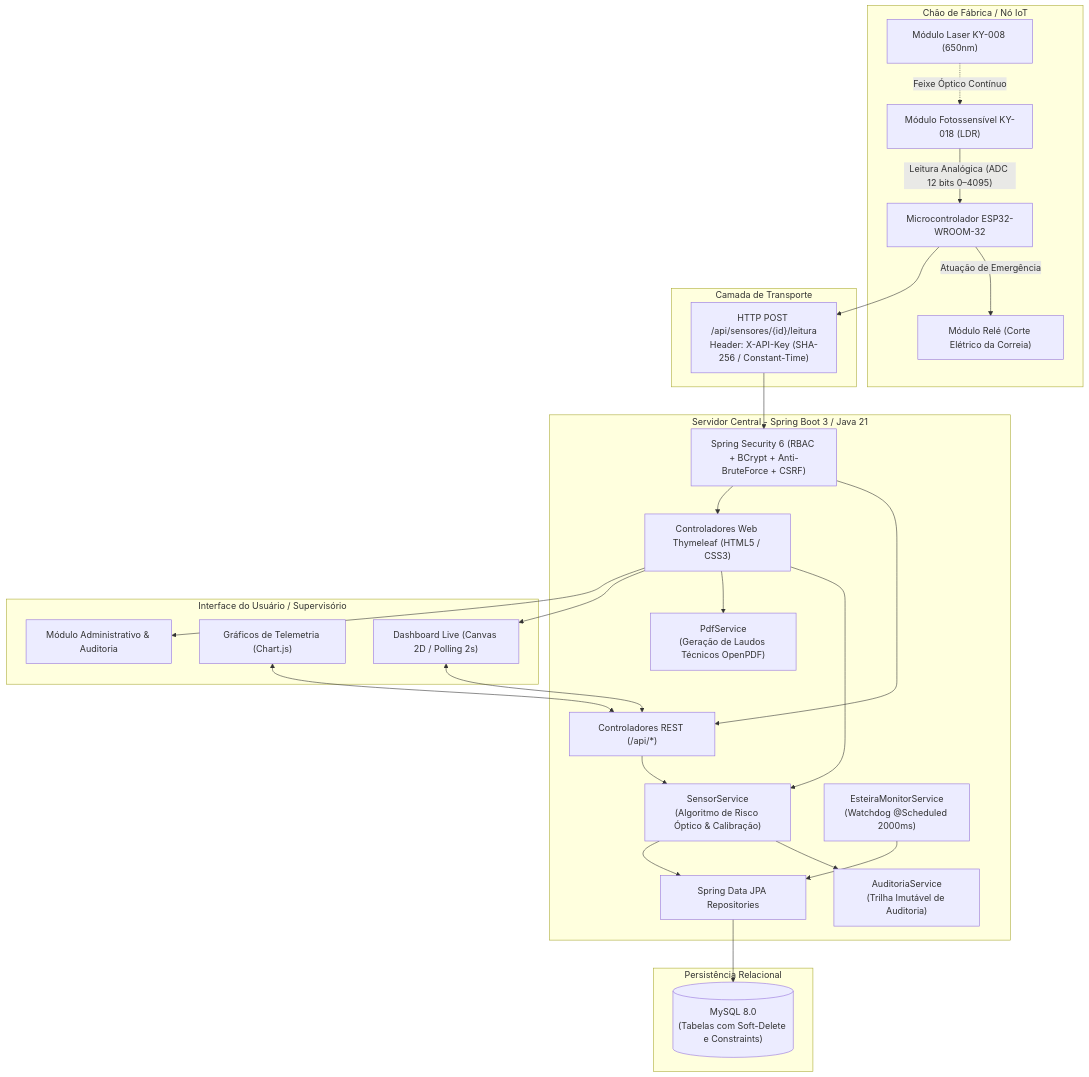
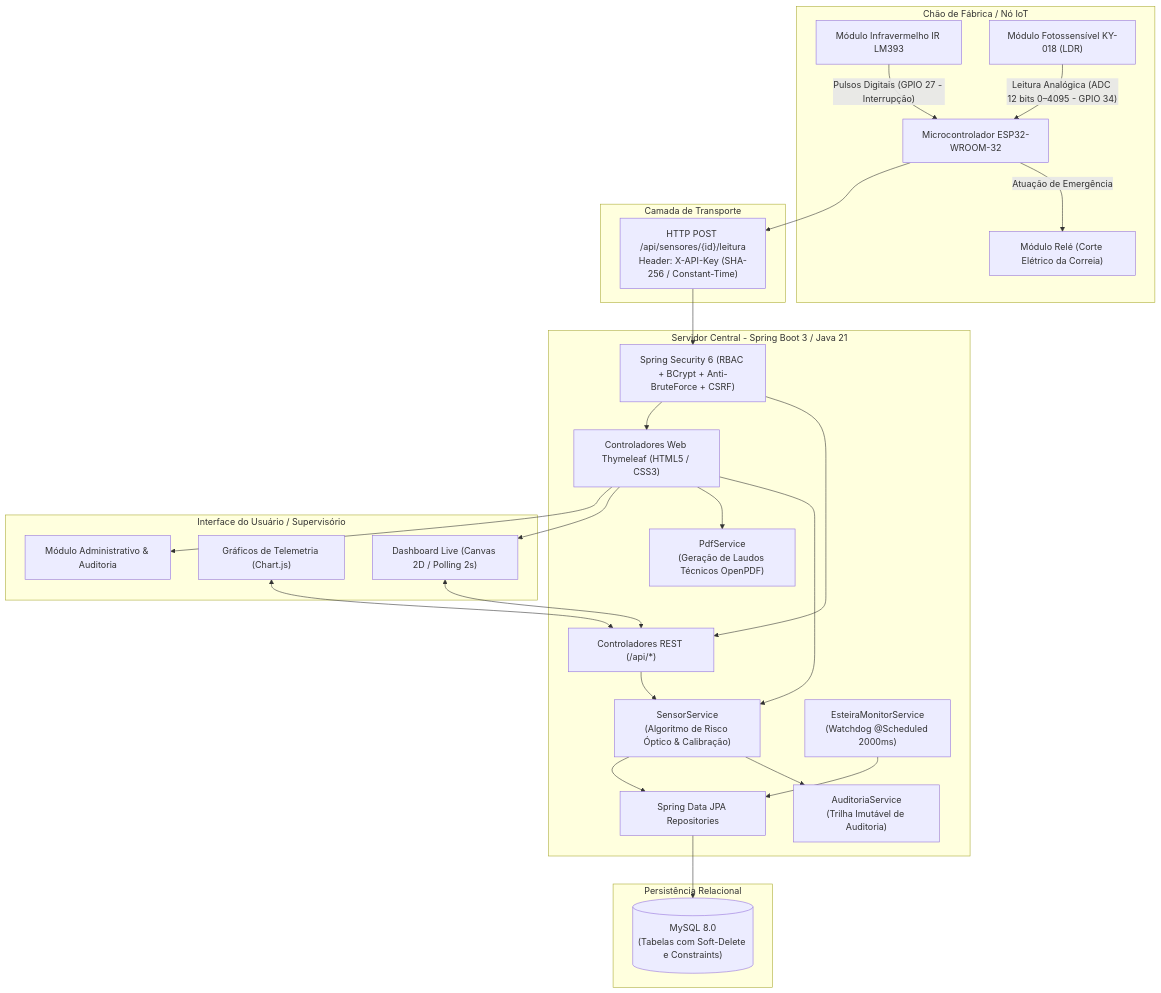
Before and after one commit to Dev-SdaeEsteira/Sistema-de-monitoramento-de-esteiras: the first of 2 diagrams in README.md, drawn with Mermaid. The commit also changed other lines of this file and 14 other files, not shown here.

Commit message:
feat(hardware): migracao do sensor para modulo infravermelho IR LM393 + LDR

````diff
--- a/README.md
+++ b/README.md
@@ -51,58 +51,58 @@
 ```mermaid
 flowchart TD
     subgraph IoT_Hardware ["Chão de Fábrica / Nó IoT"]
         ESP32["Microcontrolador ESP32-WROOM-32"]
-        Laser["Módulo Laser KY-008 (650nm)"]
+        IR["Módulo Infravermelho IR LM393"]
         LDR["Módulo Fotossensível KY-018 (LDR)"]
         Rele["Módulo Relé (Corte Elétrico da Correia)"]
         
-        Laser -.->|"Feixe Óptico Contínuo"| LDR
-        LDR -->|"Leitura Analógica (ADC 12 bits 0–4095)"| ESP32
+        IR -->|"Pulsos Digitais (GPIO 27 - Interrupção)"| ESP32
+        LDR -->|"Leitura Analógica (ADC 12 bits 0–4095 - GPIO 34)"| ESP32
         ESP32 -->|"Atuação de Emergência"| Rele
     end
 
     subgraph Network_Protocol ["Camada de Transporte"]
         HTTP_POST["HTTP POST /api/sensores/{id}/leitura\nHeader: X-API-Key (SHA-256 / Constant-Time)"]
     end
 
     subgraph Backend_App ["Servidor Central - Spring Boot 3 / Java 21"]
         Security["Spring Security 6 (RBAC + BCrypt + Anti-BruteForce + CSRF)"]
         RestControllers["Controladores REST (/api/*)"]
         WebControllers["Controladores Web Thymeleaf (HTML5 / CSS3)"]
         
         SensorService["SensorService\n(Algoritmo de Risco Óptico & Calibração)"]
         EsteiraMonitor["EsteiraMonitorService\n(Watchdog @Scheduled 2000ms)"]
         AuditoriaService["AuditoriaService\n(Trilha Imutável de Auditoria)"]
         PdfService["PdfService\n(Geração de Laudos Técnicos OpenPDF)"]
         
         Repositories["Spring Data JPA Repositories"]
     end
 
     subgraph Database ["Persistência Relacional"]
         MySQL[("MySQL 8.0\n(Tabelas com Soft-Delete e Constraints)")]
     end
 
     subgraph Frontend_App ["Interface do Usuário / Supervisório"]
         Dashboard["Dashboard Live (Canvas 2D / Polling 2s)"]
         TelemetryCharts["Gráficos de Telemetria (Chart.js)"]
         AdminAudit["Módulo Administrativo & Auditoria"]
     end
 
     ESP32 --> HTTP_POST
     HTTP_POST --> Security
     Security --> RestControllers
     Security --> WebControllers
 
     RestControllers --> SensorService
     WebControllers --> SensorService
     WebControllers --> PdfService
     EsteiraMonitor --> Repositories
     SensorService --> AuditoriaService
     SensorService --> Repositories
     Repositories --> MySQL
 
     Dashboard <--> RestControllers
     TelemetryCharts <--> RestControllers
     WebControllers --> Dashboard
     WebControllers --> AdminAudit
 ```
````
